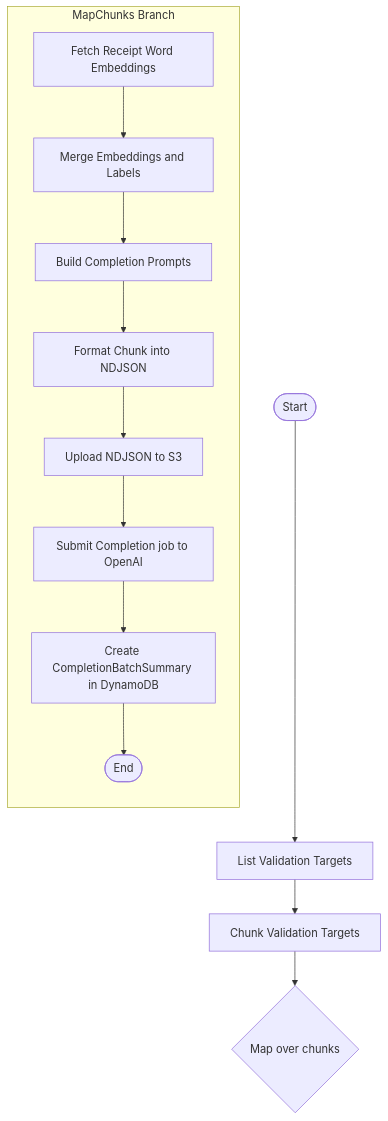
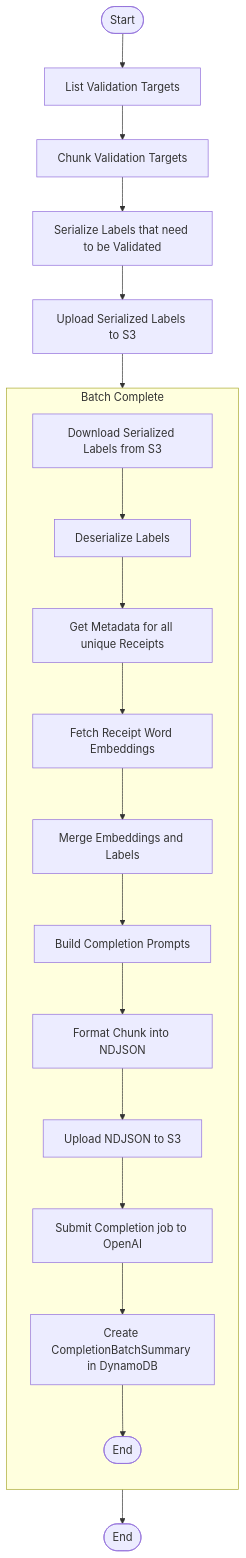
Before and after one commit to tnorlund/Portfolio: the diagram in receipt_label/receipt_label/submit_completion_batch/README.md, drawn with Mermaid. The commit also changed other lines of this file and 2 other files, not shown here.

Commit message:
🔨 Starting the chunking of batch completion requests

````diff
--- a/receipt_label/receipt_label/submit_completion_batch/README.md
+++ b/receipt_label/receipt_label/submit_completion_batch/README.md
@@ -85,17 +91,24 @@
 ```mermaid
 flowchart TB
-    Start([Start]) --> ListValidationTargets["List Validation Targets"]
-    ListValidationTargets --> ChunkTargets["Chunk Validation Targets"]
-    ChunkTargets --> MapChunks{"Map over chunks"}
+    Start([Start]) --> list_labels_that_need_validation["List Validation Targets"]
+    list_labels_that_need_validation --> chunk_labels["Chunk Validation Targets"]
+    chunk_labels --> serialize_labels["Serialize Labels that need to be Validated"]
+    serialize_labels --> upload_serialized_labels["Upload Serialized Labels to S3"]
+    upload_serialized_labels --> batch_complete
 
-    subgraph MapChunks Branch
+    subgraph batch_complete["Batch Complete"]
         direction TB
-        FetchEmbeddings["Fetch Receipt Word Embeddings"] --> JoinEmbeddingsAndLabels["Merge Embeddings and Labels"]
+        download_serialized_labels["Download Serialized Labels from S3"] --> deserialize_labels["Deserialize Labels"]
+        deserialize_labels --> get_receipt_metadatas["Get Metadata for all unique Receipts"]
+        get_receipt_metadatas --> fetch_receipt_word_embeddings["Fetch Receipt Word Embeddings"]
+        fetch_receipt_word_embeddings --> JoinEmbeddingsAndLabels["Merge Embeddings and Labels"]
         JoinEmbeddingsAndLabels --> BuildPrompts["Build Completion Prompts"]
         BuildPrompts --> FormatChunk["Format Chunk into NDJSON"]
         FormatChunk --> UploadChunk["Upload NDJSON to S3"]
         UploadChunk --> SubmitCompletionJob["Submit Completion job to OpenAI"]
         SubmitCompletionJob --> CreateCompletionBatchSummary["Create CompletionBatchSummary in DynamoDB"]
         CreateCompletionBatchSummary --> End([End])
     end
+
+    batch_complete --> END([End])
 ```
````
